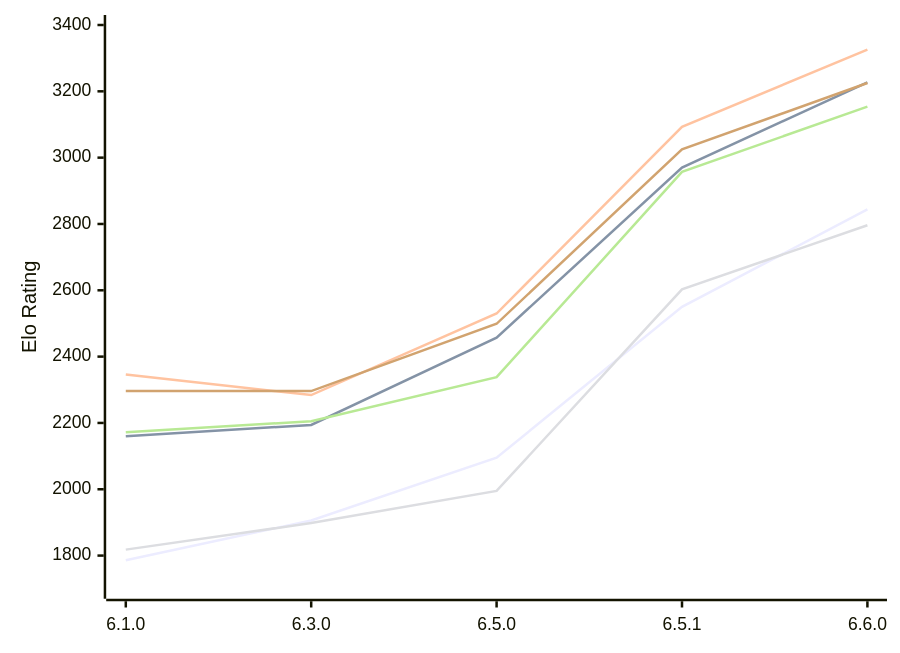
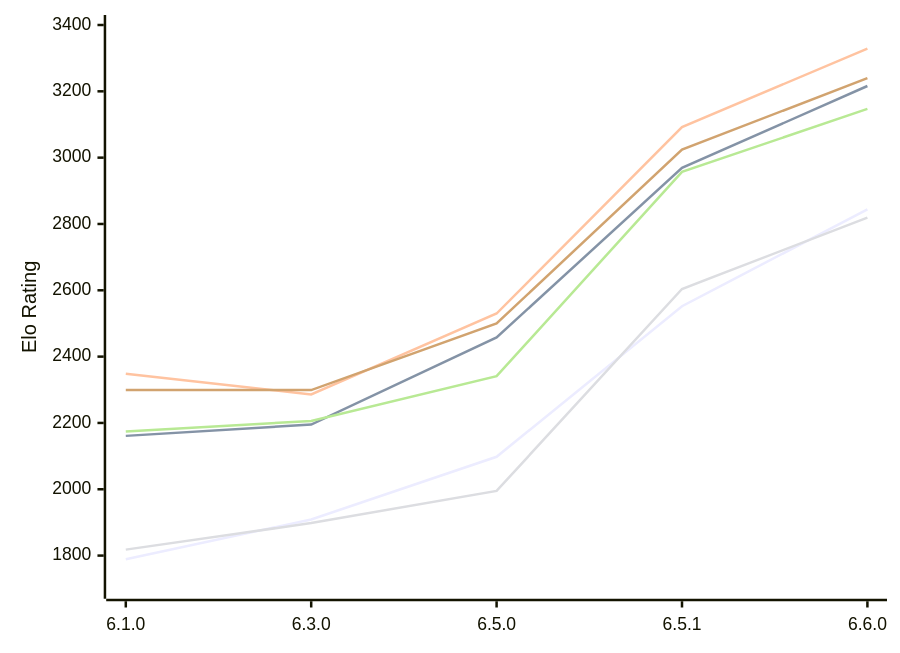
The diagram in engines/Luminex.md (computer-chess-index/cci), drawn with Mermaid before and after one commit. The commit also changed other lines of this file, not shown here.

Commit message:
Update CCI Ratings (ELO VLTC) - 2026-11-19

````diff
--- a/engines/Luminex.md
+++ b/engines/Luminex.md
@@ -55,12 +55,12 @@
 ```mermaid
 %%{init: {"theme":"base","themeVariables":{"seriesColors:['#a3a3a3','#222221','#faa371']}}}%%
 xychart-beta
   x-axis ["6.1.0", "6.3.0", "6.5.0", "6.5.1", "6.6.0"]
   y-axis "Elo Rating" 1700 --> 3400
-  line "E1: STC (8.0+0.08s)" [1786, 1906, 2095, 2550, 2844]
-  line "E1: LTC (60.0+0.60s)" [2160, 2194, 2457, 2970, 3227]
-  line "E1: VLTC (2m24s+1.12s)" [2346, 2284, 2530, 3093, 3326]
-  line "P1: STC (8.0+0.08s)" [1818, 1898, 1995, 2603, 2796]
-  line "P1: LTC (60.0+0.60s)" [2172, 2205, 2338, 2957, 3154]
-  line "P1: VLTC (2m24s+1.12s)" [2296, 2296, 2499, 3025, 3225]
+  line "E1: STC (8.0+0.08s)" [1789, 1909, 2098, 2552, 2844]
+  line "E1: LTC (60.0+0.60s)" [2161, 2195, 2458, 2969, 3216]
+  line "E1: VLTC (2m24s+1.12s)" [2348, 2286, 2530, 3092, 3329]
+  line "P1: STC (8.0+0.08s)" [1818, 1898, 1995, 2604, 2819]
+  line "P1: LTC (60.0+0.60s)" [2174, 2206, 2341, 2957, 3147]
+  line "P1: VLTC (2m24s+1.12s)" [2299, 2299, 2500, 3024, 3240]
 ```
````
